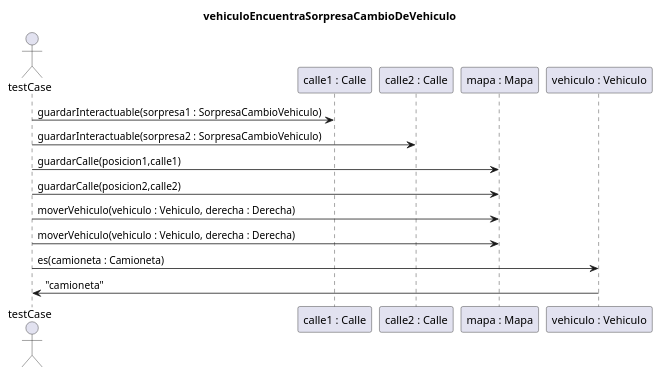
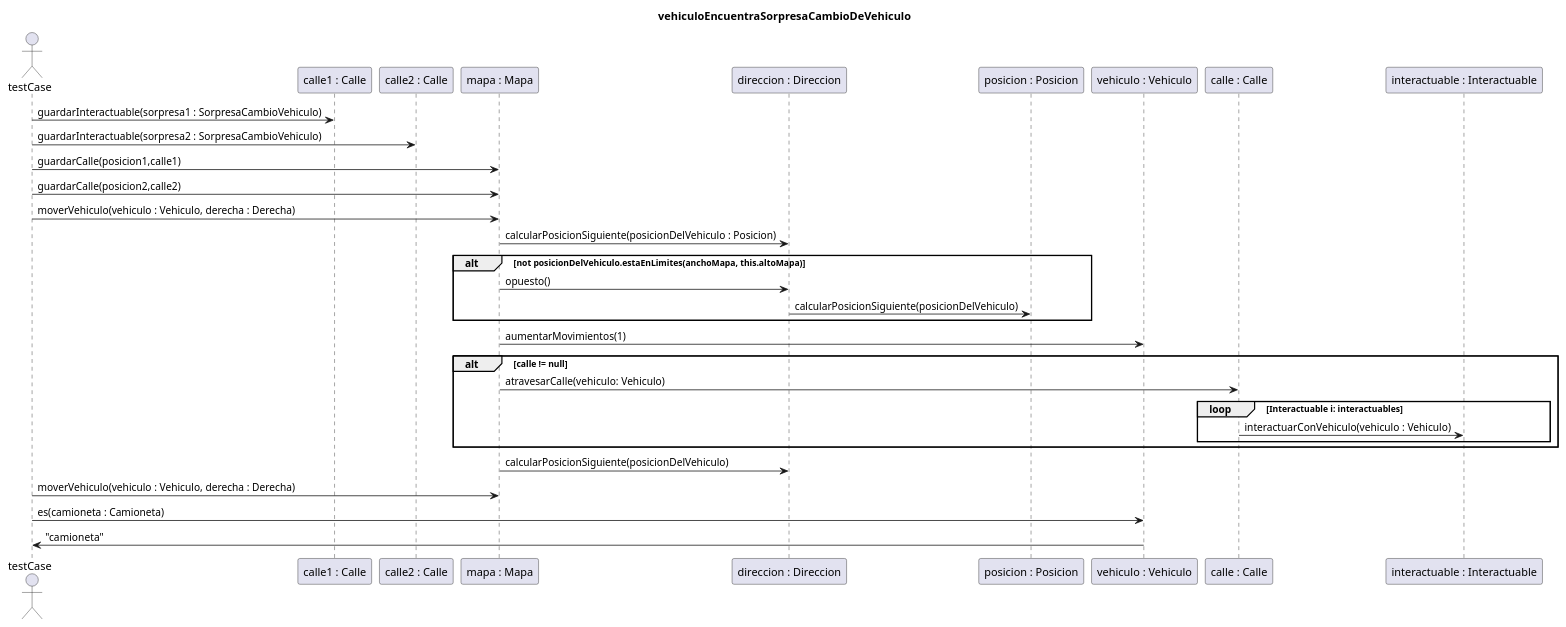
The diagram in diagrams/sequences/entrega4/vehiculoEnuentraSorpresaCambioDeVehiculo.puml (ianmku/algo3_tp2), drawn with PlantUML before and after one commit.

Commit message:
modificacion de diagrama

```diff
--- a/diagrams/sequences/entrega4/vehiculoEnuentraSorpresaCambioDeVehiculo.puml
+++ b/diagrams/sequences/entrega4/vehiculoEnuentraSorpresaCambioDeVehiculo.puml
@@ -1,13 +1,26 @@
 @startuml
 title "vehiculoEncuentraSorpresaCambioDeVehiculo"
 actor testCase
 
 testCase -> "calle1 : Calle" : guardarInteractuable(sorpresa1 : SorpresaCambioVehiculo)
 testCase -> "calle2 : Calle" : guardarInteractuable(sorpresa2 : SorpresaCambioVehiculo)
 testCase -> "mapa : Mapa" : guardarCalle(posicion1,calle1)
 testCase -> "mapa : Mapa" : guardarCalle(posicion2,calle2)
 testCase -> "mapa : Mapa" : moverVehiculo(vehiculo : Vehiculo, derecha : Derecha)
+"mapa : Mapa" -> "direccion : Direccion" : calcularPosicionSiguiente(posicionDelVehiculo : Posicion)
+alt not posicionDelVehiculo.estaEnLimites(anchoMapa, this.altoMapa)
+"mapa : Mapa" -> "direccion : Direccion" : opuesto()
+"direccion : Direccion" -> "posicion : Posicion" : calcularPosicionSiguiente(posicionDelVehiculo)
+end
+"mapa : Mapa" -> "vehiculo : Vehiculo" : aumentarMovimientos(1)
+alt calle != null
+"mapa : Mapa" -> "calle : Calle" : atravesarCalle(vehiculo: Vehiculo)
+loop Interactuable i: interactuables
+"calle : Calle" -> "interactuable : Interactuable" : interactuarConVehiculo(vehiculo : Vehiculo)
+end
+end
+"mapa : Mapa" -> "direccion : Direccion" : calcularPosicionSiguiente(posicionDelVehiculo)
 testCase -> "mapa : Mapa" : moverVehiculo(vehiculo : Vehiculo, derecha : Derecha)
 testCase -> "vehiculo : Vehiculo" : es(camioneta : Camioneta)
 "vehiculo : Vehiculo" -> testCase : "camioneta"
 @enduml
```
